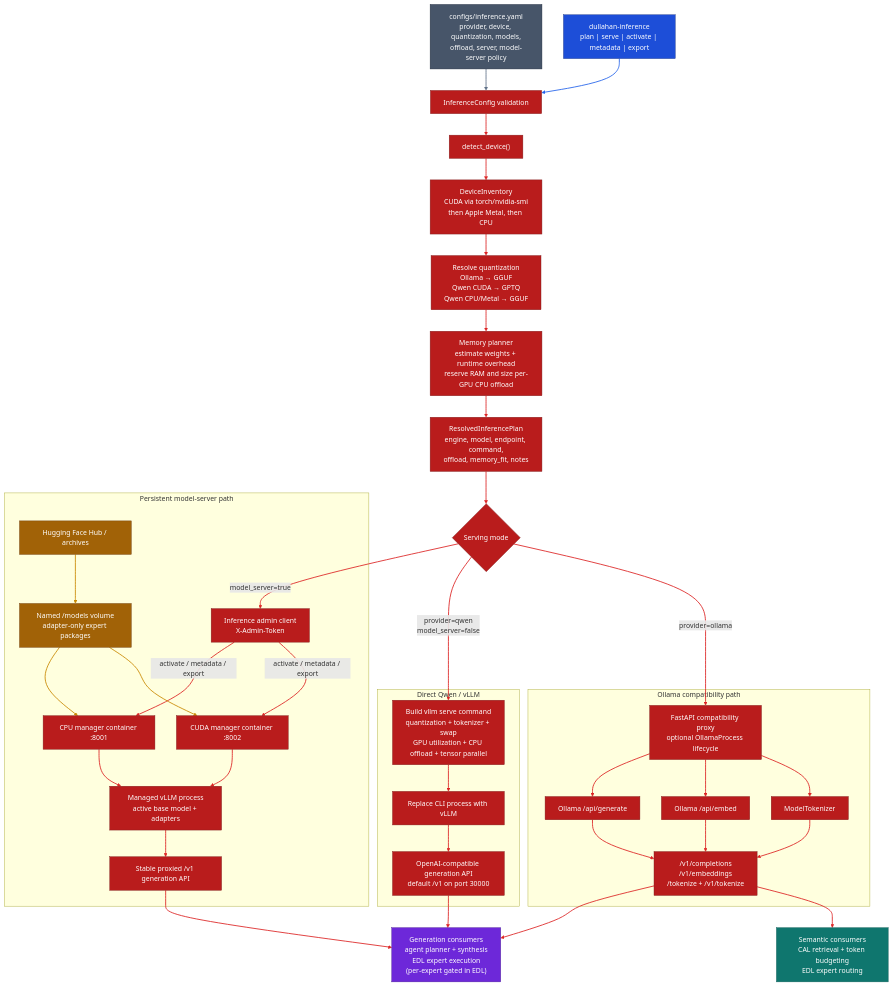
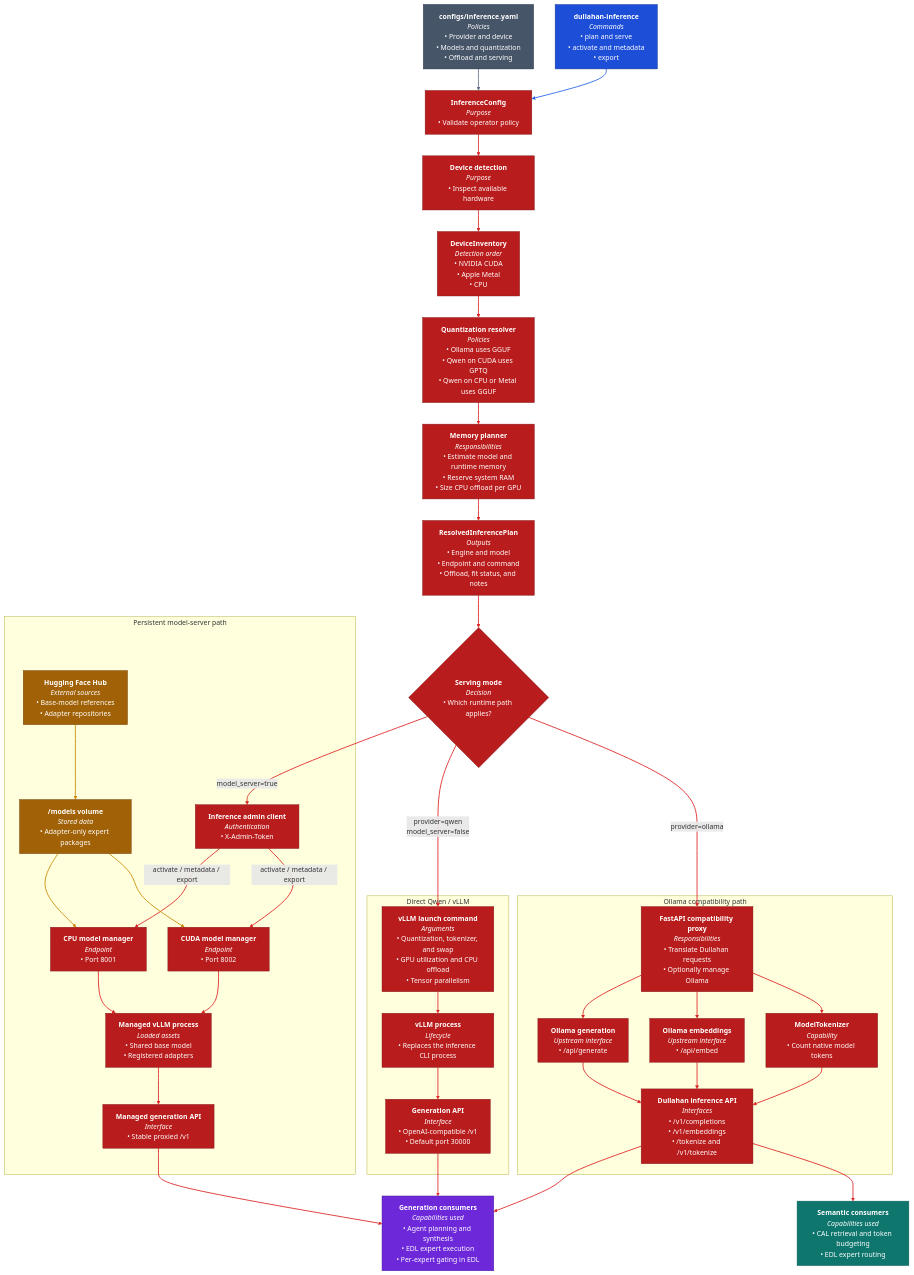
The third of 4 diagrams in README.md (ForestDweller014/Dullahan), drawn with Mermaid before and after one commit. The commit also changed other lines of this file, not shown here.

First line of the commit message:
docs: Clarify inference deployment

````diff
--- a/README.md
+++ b/README.md
@@ -380,81 +406,81 @@
 ```mermaid
 flowchart TB
-    Config["configs/inference.yaml<br/>provider, device, quantization, models,<br/>offload, server, model-server policy"] --> Load["InferenceConfig validation"]
-    Command["dullahan-inference<br/>plan | serve | activate | metadata | export"] --> Load
-    Load --> Detect["detect_device()"]
-    Detect --> Inventory["DeviceInventory<br/>CUDA via torch/nvidia-smi<br/>then Apple Metal, then CPU"]
-    Inventory --> Quantize["Resolve quantization<br/>Ollama → GGUF<br/>Qwen CUDA → GPTQ<br/>Qwen CPU/Metal → GGUF"]
-    Quantize --> Memory["Memory planner<br/>estimate weights + runtime overhead<br/>reserve RAM and size per-GPU CPU offload"]
-    Memory --> Plan["ResolvedInferencePlan<br/>engine, model, endpoint, command,<br/>offload, memory_fit, notes"]
-    Plan --> Fit{"Serving mode"}
+    Config["<b>configs/inference.yaml</b><br/><i>Policies</i><br/>• Provider and device<br/>• Models and quantization<br/>• Offload and serving"] --> Load["<b>InferenceConfig</b><br/><i>Purpose</i><br/>• Validate operator policy"]
+    Command["<b>dullahan-inference</b><br/><i>Commands</i><br/>• plan and serve<br/>• activate and metadata<br/>• export"] --> Load
+    Load --> Detect["<b>Device detection</b><br/><i>Purpose</i><br/>• Inspect available hardware"]
+    Detect --> Inventory["<b>DeviceInventory</b><br/><i>Detection order</i><br/>• NVIDIA CUDA<br/>• Apple Metal<br/>• CPU"]
+    Inventory --> Quantize["<b>Quantization resolver</b><br/><i>Policies</i><br/>• Ollama uses GGUF<br/>• Qwen on CUDA uses GPTQ<br/>• Qwen on CPU or Metal uses GGUF"]
+    Quantize --> Memory["<b>Memory planner</b><br/><i>Responsibilities</i><br/>• Estimate model and runtime memory<br/>• Reserve system RAM<br/>• Size CPU offload per GPU"]
+    Memory --> Plan["<b>ResolvedInferencePlan</b><br/><i>Outputs</i><br/>• Engine and model<br/>• Endpoint and command<br/>• Offload, fit status, and notes"]
+    Plan --> Fit{"<b>Serving mode</b><br/><i>Decision</i><br/>• Which runtime path applies?"}
 
     subgraph Direct["Direct Qwen / vLLM"]
-        VllmCommand["Build vllm serve command<br/>quantization + tokenizer + swap<br/>GPU utilization + CPU offload + tensor parallel"]
-        VllmProcess["Replace CLI process with vLLM"]
-        VllmApi["OpenAI-compatible generation API<br/>default /v1 on port 30000"]
+        VllmCommand["<b>vLLM launch command</b><br/><i>Arguments</i><br/>• Quantization, tokenizer, and swap<br/>• GPU utilization and CPU offload<br/>• Tensor parallelism"]
+        VllmProcess["<b>vLLM process</b><br/><i>Lifecycle</i><br/>• Replaces the inference CLI process"]
+        VllmApi["<b>Generation API</b><br/><i>Interface</i><br/>• OpenAI-compatible /v1<br/>• Default port 30000"]
         VllmCommand --> VllmProcess
         VllmProcess --> VllmApi
     end
 
     subgraph OllamaPath["Ollama compatibility path"]
-        OllamaApp["FastAPI compatibility proxy<br/>optional OllamaProcess lifecycle"]
-        OllamaGenerate["Ollama /api/generate"]
-        OllamaEmbed["Ollama /api/embed"]
-        NativeTokenizer["ModelTokenizer"]
-        OllamaApi["/v1/completions<br/>/v1/embeddings<br/>/tokenize + /v1/tokenize"]
+        OllamaApp["<b>FastAPI compatibility proxy</b><br/><i>Responsibilities</i><br/>• Translate Dullahan requests<br/>• Optionally manage Ollama"]
+        OllamaGenerate["<b>Ollama generation</b><br/><i>Upstream interface</i><br/>• /api/generate"]
+        OllamaEmbed["<b>Ollama embeddings</b><br/><i>Upstream interface</i><br/>• /api/embed"]
+        NativeTokenizer["<b>ModelTokenizer</b><br/><i>Capability</i><br/>• Count native model tokens"]
+        OllamaApi["<b>Dullahan inference API</b><br/><i>Interfaces</i><br/>• /v1/completions<br/>• /v1/embeddings<br/>• /tokenize and /v1/tokenize"]
         OllamaApp --> OllamaGenerate
         OllamaApp --> OllamaEmbed
         OllamaApp --> NativeTokenizer
         OllamaGenerate --> OllamaApi
         OllamaEmbed --> OllamaApi
         NativeTokenizer --> OllamaApi
     end
 
     subgraph Managed["Persistent model-server path"]
-        AdminClient["Inference admin client<br/>X-Admin-Token"]
-        CpuManager["CPU manager container :8001"]
-        CudaManager["CUDA manager container :8002"]
-        ModelStore["Named /models volume<br/>adapter-only expert packages"]
-        HfHub["Hugging Face Hub / archives"]
-        ManagedVllm["Managed vLLM process<br/>active base model + adapters"]
-        StableApi["Stable proxied /v1 generation API"]
+        AdminClient["<b>Inference admin client</b><br/><i>Authentication</i><br/>• X-Admin-Token"]
+        CpuManager["<b>CPU model manager</b><br/><i>Endpoint</i><br/>• Port 8001"]
+        CudaManager["<b>CUDA model manager</b><br/><i>Endpoint</i><br/>• Port 8002"]
+        ModelStore["<b>/models volume</b><br/><i>Stored data</i><br/>• Adapter-only expert packages"]
+        HfHub["<b>Hugging Face Hub</b><br/><i>External sources</i><br/>• Base-model references<br/>• Adapter repositories"]
+        ManagedVllm["<b>Managed vLLM process</b><br/><i>Loaded assets</i><br/>• Shared base model<br/>• Registered adapters"]
+        StableApi["<b>Managed generation API</b><br/><i>Interface</i><br/>• Stable proxied /v1"]
         AdminClient -->|"activate / metadata / export"| CpuManager
         AdminClient -->|"activate / metadata / export"| CudaManager
         HfHub --> ModelStore
         ModelStore --> CpuManager
         ModelStore --> CudaManager
         CpuManager --> ManagedVllm
         CudaManager --> ManagedVllm
         ManagedVllm --> StableApi
     end
 
     Fit -->|"provider=qwen<br/>model_server=false"| VllmCommand
     Fit -->|"provider=ollama"| OllamaApp
     Fit -->|"model_server=true"| AdminClient
 
-    GenerationConsumers["Generation consumers<br/>agent planner + synthesis<br/>EDL expert execution<br/>(per-expert gated in EDL)"]
-    SemanticConsumers["Semantic consumers<br/>CAL retrieval + token budgeting<br/>EDL expert routing"]
+    GenerationConsumers["<b>Generation consumers</b><br/><i>Capabilities used</i><br/>• Agent planning and synthesis<br/>• EDL expert execution<br/>• Per-expert gating in EDL"]
+    SemanticConsumers["<b>Semantic consumers</b><br/><i>Capabilities used</i><br/>• CAL retrieval and token budgeting<br/>• EDL expert routing"]
     VllmApi --> GenerationConsumers
     StableApi --> GenerationConsumers
     OllamaApi --> GenerationConsumers
     OllamaApi --> SemanticConsumers
 
     class Config foundationLayer
     class Command integrationLayer
     class Load,Detect,Inventory,Quantize,Memory,Plan,Fit,VllmCommand,VllmProcess,VllmApi,OllamaApp,OllamaGenerate,OllamaEmbed,NativeTokenizer,OllamaApi,AdminClient,CpuManager,CudaManager,ManagedVllm,StableApi inferenceLayer
     class HfHub,ModelStore memoryLayer
     class GenerationConsumers orchestration
     class SemanticConsumers contextLayer
 
     classDef orchestration fill:#6D28D9,stroke:#4C1D95,color:#FFFFFF
     classDef contextLayer fill:#0F766E,stroke:#115E59,color:#FFFFFF
     classDef inferenceLayer fill:#B91C1C,stroke:#7F1D1D,color:#FFFFFF
     classDef memoryLayer fill:#A16207,stroke:#713F12,color:#FFFFFF
     classDef integrationLayer fill:#1D4ED8,stroke:#1E3A8A,color:#FFFFFF
     classDef foundationLayer fill:#475569,stroke:#1E293B,color:#FFFFFF
 
     linkStyle 0 stroke:#64748B,stroke-width:2px
     linkStyle 1 stroke:#2563EB,stroke-width:2px
     linkStyle 2,3,4,5,6,7,8,9,10,11,12,13,14,15,16,17,21,22,23,24,25,26,27,28,29,30 stroke:#DC2626,stroke-width:2px
     linkStyle 18,19,20 stroke:#CA8A04,stroke-width:2px
 ```
````
